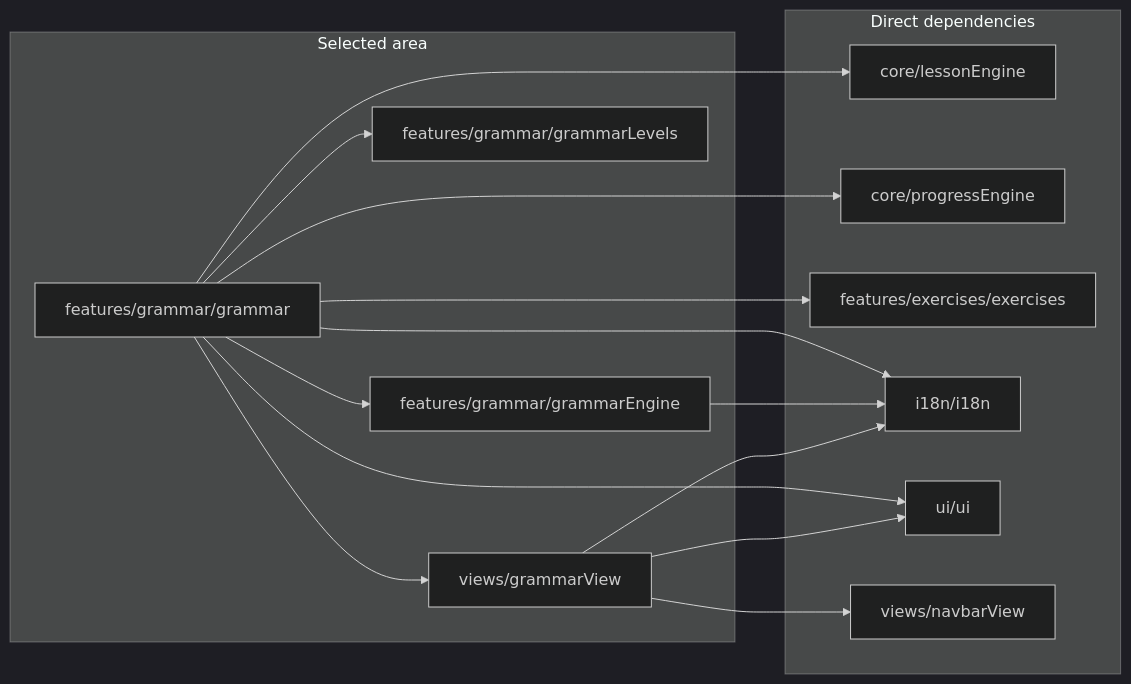
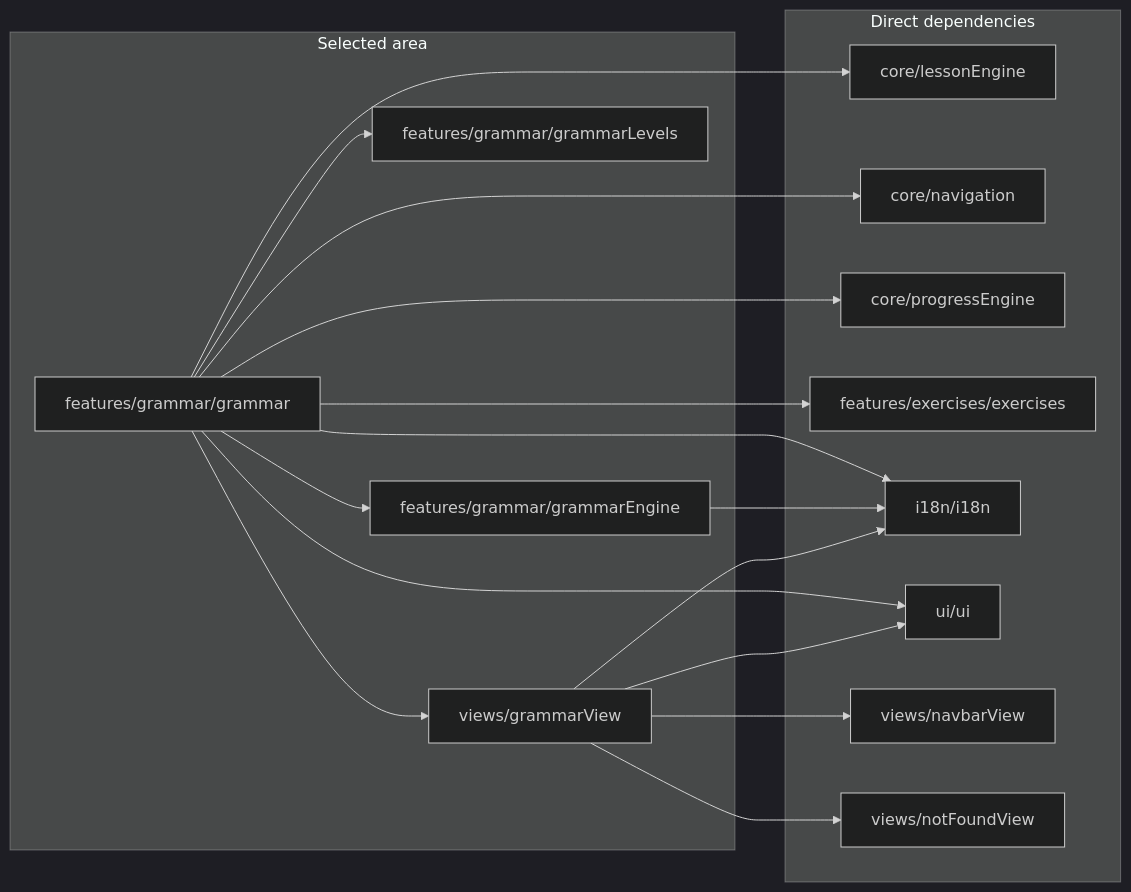
Before and after one commit to temsahak-rgb/Dino-5monde: the fourth of 12 diagrams in docs/dependency-graph.md, drawn with Mermaid (dark theme). The commit also changed other lines of this file, not shown here.

Commit message:
docs: update dependency graph [skip ci]

````diff
--- a/docs/dependency-graph.md
+++ b/docs/dependency-graph.md
@@ -125,29 +125,33 @@
 ```mermaid
 flowchart LR
     subgraph S["Selected area"]
         M0["features/grammar/grammar"]
         M1["features/grammar/grammarEngine"]
         M2["features/grammar/grammarLevels"]
         M3["views/grammarView"]
     end
     subgraph D["Direct dependencies"]
         M4["core/lessonEngine"]
-        M5["core/progressEngine"]
-        M6["features/exercises/exercises"]
-        M7["i18n/i18n"]
-        M8["ui/ui"]
-        M9["views/navbarView"]
+        M5["core/navigation"]
+        M6["core/progressEngine"]
+        M7["features/exercises/exercises"]
+        M8["i18n/i18n"]
+        M9["ui/ui"]
+        M10["views/navbarView"]
+        M11["views/notFoundView"]
     end
     M0 --> M4
     M0 --> M5
     M0 --> M6
+    M0 --> M7
     M0 --> M1
     M0 --> M2
-    M0 --> M7
     M0 --> M8
+    M0 --> M9
     M0 --> M3
-    M1 --> M7
-    M3 --> M7
+    M1 --> M8
     M3 --> M8
     M3 --> M9
+    M3 --> M10
+    M3 --> M11
 ```
````
